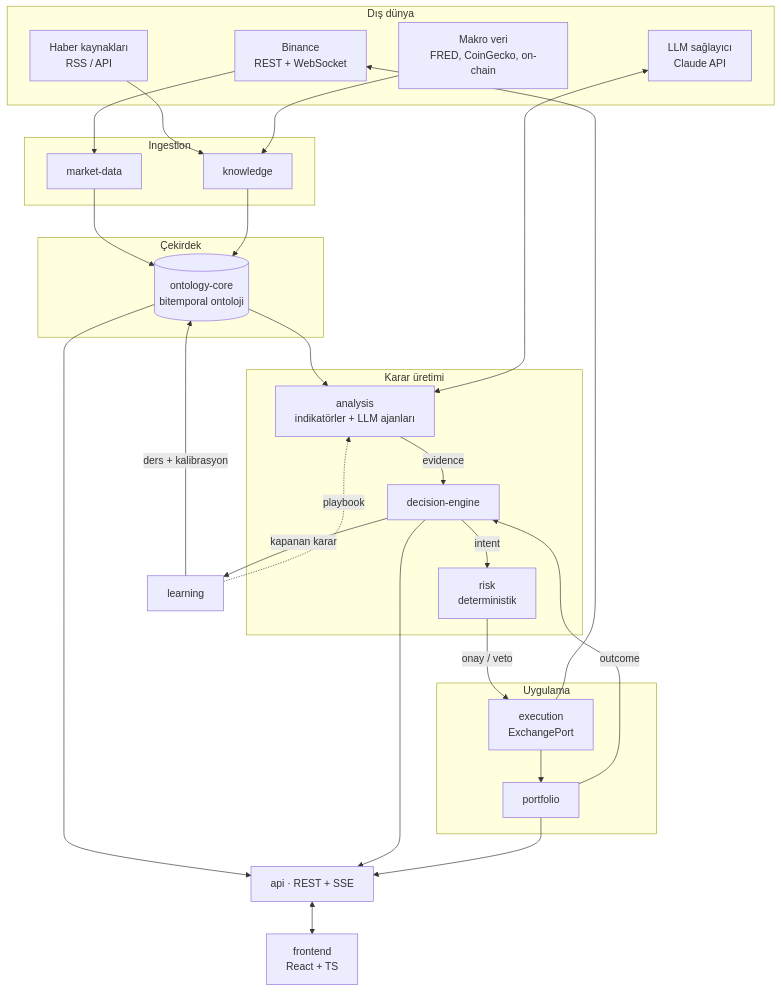
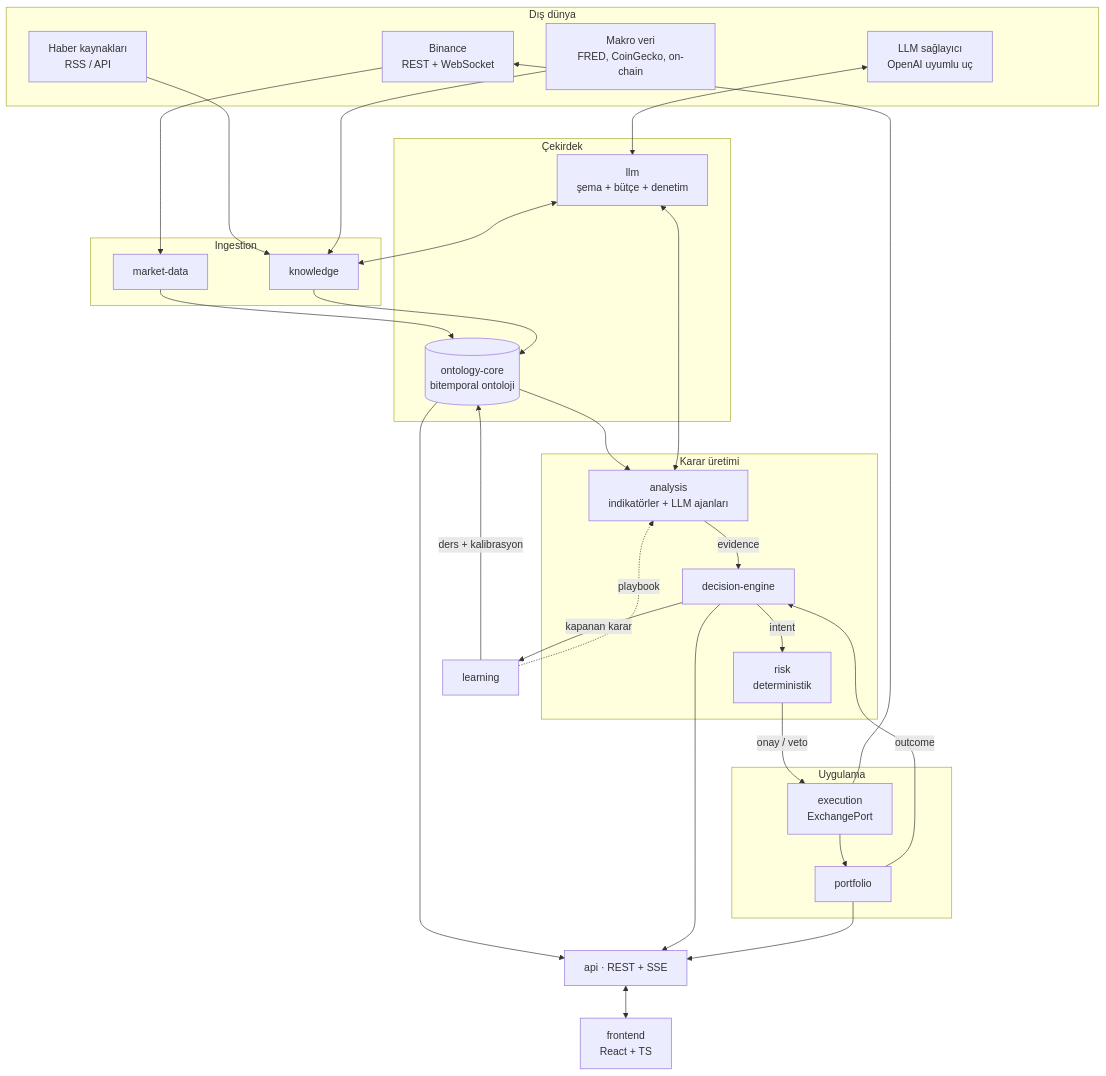
One commit to kursattkorkmazzz/investor changed the first of 3 diagrams in docs/01-mimari.md. Above: the diagram before and after it, drawn with Mermaid. The commit also changed other lines of this file and 44 other files, not shown here.

````diff
--- a/docs/01-mimari.md
+++ b/docs/01-mimari.md
@@ -9,54 +9,57 @@
 ```mermaid
 flowchart TB
     subgraph EXT["Dış dünya"]
         BIN["Binance<br/>REST + WebSocket"]
         NEWS["Haber kaynakları<br/>RSS / API"]
         MACRO["Makro veri<br/>FRED, CoinGecko, on-chain"]
-        LLM["LLM sağlayıcı<br/>Claude API"]
+        LLMP["LLM sağlayıcı<br/>OpenAI uyumlu uç"]
     end
 
     subgraph ING["Ingestion"]
         MD["market-data"]
         KN["knowledge"]
     end
 
     subgraph CORE["Çekirdek"]
         ONT[("ontology-core<br/>bitemporal ontoloji")]
+        LLMM["llm<br/>şema + bütçe + denetim"]
     end
 
     subgraph BRAIN["Karar üretimi"]
         AN["analysis<br/>indikatörler + LLM ajanları"]
         DE["decision-engine"]
         RK["risk<br/>deterministik"]
     end
 
     subgraph ACT["Uygulama"]
         EX["execution<br/>ExchangePort"]
         PF["portfolio"]
     end
 
     LE["learning"]
     API["api · REST + SSE"]
     UI["frontend<br/>React + TS"]
 
     BIN --> MD
     NEWS --> KN
     MACRO --> KN
     MD --> ONT
     KN --> ONT
     ONT --> AN
-    LLM <--> AN
+    LLMM <--> AN
+    LLMM <--> KN
+    LLMP <--> LLMM
     AN -->|evidence| DE
     DE -->|intent| RK
     RK -->|onay / veto| EX
     EX --> BIN
     EX --> PF
     PF -->|outcome| DE
     DE -->|kapanan karar| LE
     LE -->|ders + kalibrasyon| ONT
     LE -.->|playbook| AN
     ONT --> API
     DE --> API
     PF --> API
     API <--> UI
 ```
````
